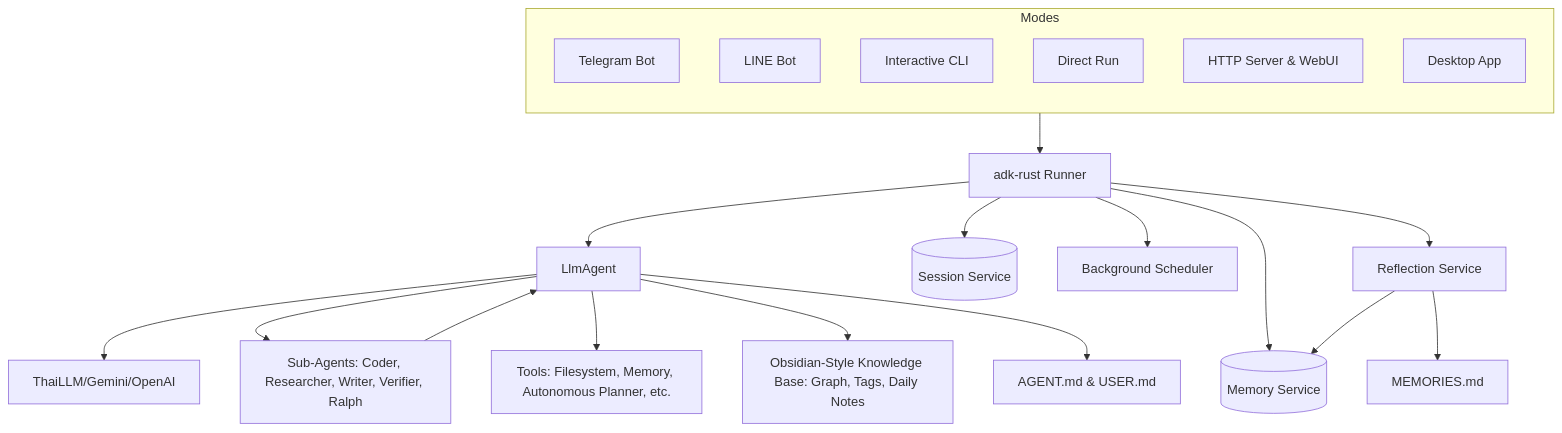
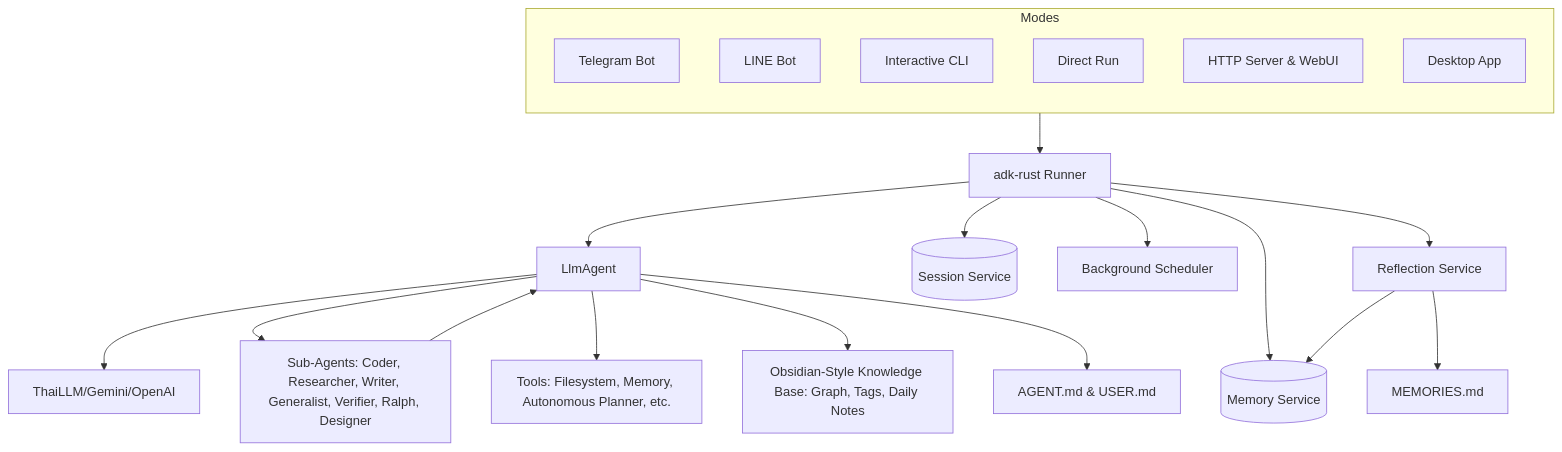
One commit to anoochit/nami-core changed the diagram in README.md. Above: the diagram before and after it, drawn with Mermaid. The commit also changed other lines of this file and 23 other files, not shown here.

````diff
--- a/README.md
+++ b/README.md
@@ -185,31 +196,31 @@
 ```mermaid
 graph TD
     subgraph EntryPoints [Modes]
         direction TB
         Bot[Telegram Bot]
         Line[LINE Bot]
         CLI[Interactive CLI]
         Run[Direct Run]
         Server[HTTP Server & WebUI]
         Desktop[Desktop App]
     end
 
     EntryPoints --> Runner[adk-rust Runner]
     
     Runner --> Agent[LlmAgent]
     Runner --> DB[(Session Service)]
     Runner --> Memory[(Memory Service)]
     Runner --> Scheduler[Background Scheduler]
     Runner --> Reflection[Reflection Service]
     
     Agent --> LLM[ThaiLLM/Gemini/OpenAI]
-    Agent --> SubAgents[Sub-Agents: Coder, Researcher, Writer, Verifier, Ralph]
+    Agent --> SubAgents[Sub-Agents: Coder, Researcher, Writer, Generalist, Verifier, Ralph, Designer]
     Agent --> Tools[Tools: Filesystem, Memory, Autonomous Planner, etc.]
     Agent --> KnowledgeBase[Obsidian-Style Knowledge Base: Graph, Tags, Daily Notes]
     Agent --> Persona[AGENT.md & USER.md]
 
     Reflection --> Memory
     Reflection --> UserMemory["MEMORIES.md"]
     
     SubAgents --> Agent
 ```
````
